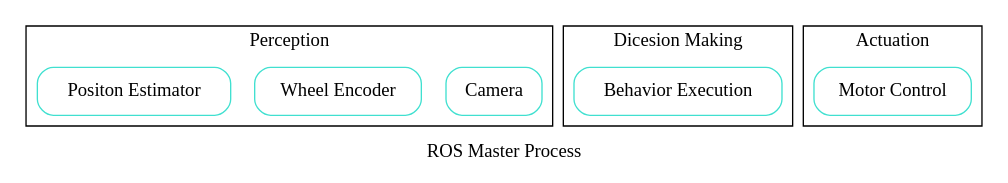
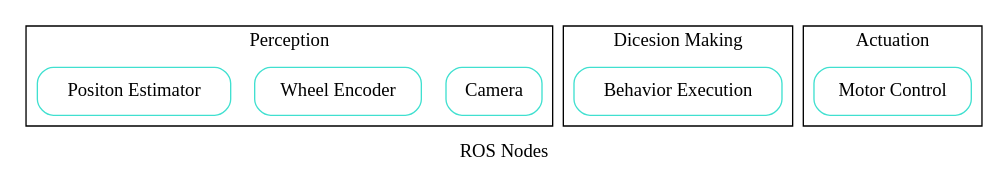
Before and after one commit to donghee/learn: the second of 8 diagrams in ros2/day1.md, drawn with Graphviz. The commit also changed other lines of this file and 1 other file, not shown here.

````diff
--- a/ros2/day1.md
+++ b/ros2/day1.md
@@ -264,28 +261,28 @@
 ```graphviz
 digraph {
 	graph [fontname="MS Gothic"];
 	node [shape=box, color="#40e0d0"];
 	edge [fontname="MS Gothic"];
-	label = "ROS Master Process";
+	label = "ROS Nodes";
 	
 	subgraph cluster_perception {
 		node [shape=rect, style="rounded"];
 		label = "Perception";
 		Camera;
 		"Wheel Encoder";
 		"Positon Estimator";
 	}
 	
 	subgraph cluster_dicesion_making {
 		node [shape=rect, style="rounded"];
 		label = "Dicesion Making";
 		"Behavior Execution";
 	}
 	
 	subgraph cluster_actuation {
 		node [shape=rect, style="rounded"];
 		label = "Actuation";
 		"Motor Control";
 	}
 }
 ```
````
